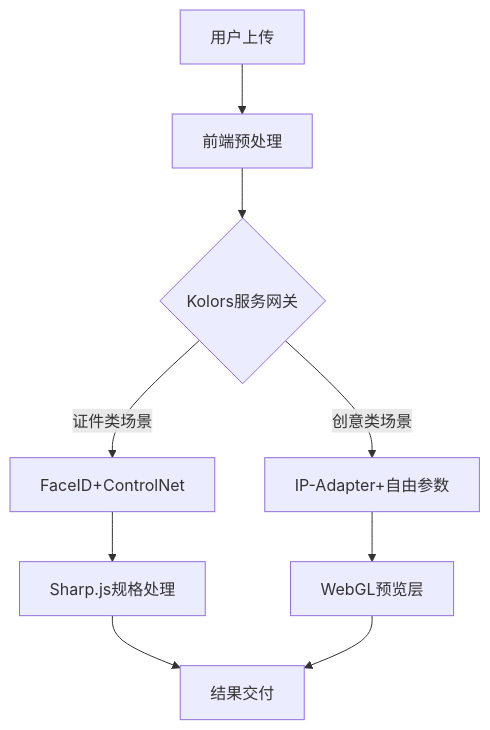
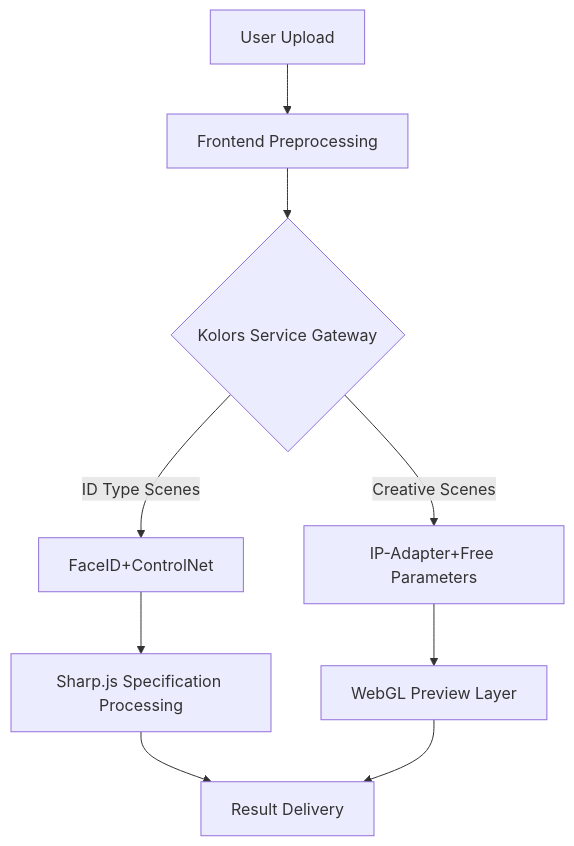
Before and after one commit to joydesigner/portraify: the second of 2 diagrams in README.md, drawn with Mermaid. The commit also changed other lines of this file and 6 other files, not shown here.

````diff
--- a/README.md
+++ b/README.md
@@ -118,11 +118,11 @@
 ```mermaid
 graph TD
-    A[用户上传] --> B[前端预处理]
-    B --> C{Kolors服务网关}
-    C -->|证件类场景| D[FaceID+ControlNet]
-    C -->|创意类场景| E[IP-Adapter+自由参数]
-    D --> F[Sharp.js规格处理]
-    E --> G[WebGL预览层]
-    F --> H[结果交付]
+    A[User Upload] --> B[Frontend Preprocessing]
+    B --> C{Kolors Service Gateway}
+    C -->|ID Type Scenes| D[FaceID+ControlNet]
+    C -->|Creative Scenes| E[IP-Adapter+Free Parameters]
+    D --> F[Sharp.js Specification Processing]
+    E --> G[WebGL Preview Layer]
+    F --> H[Result Delivery]
     G --> H
 ```
````
